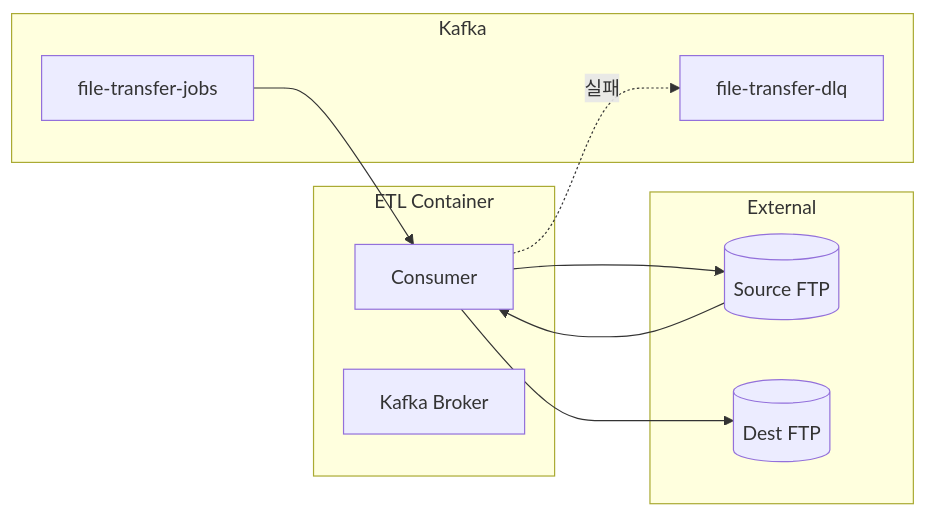
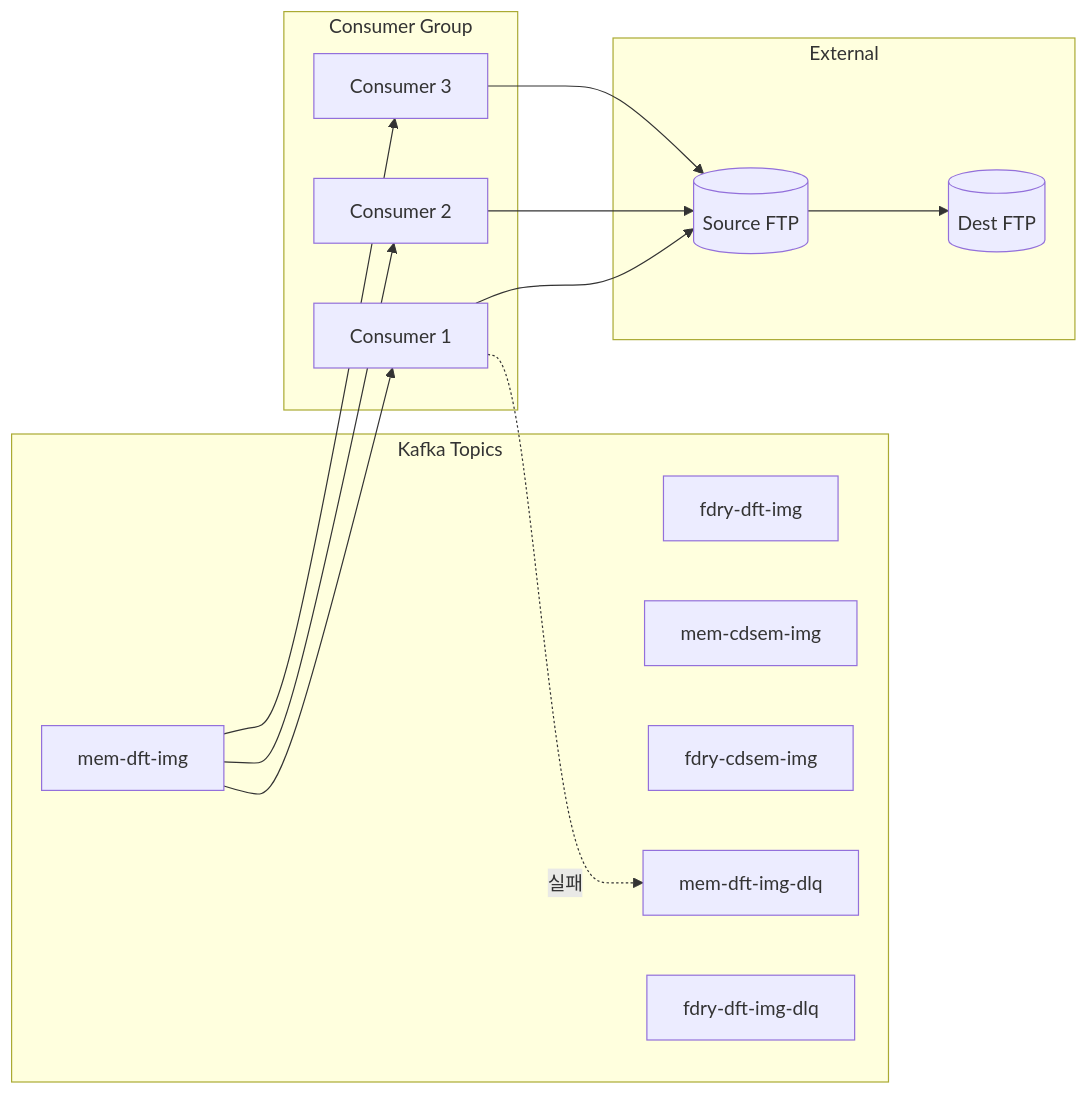
One commit to nineking424/etl-file-sync changed the first of 3 diagrams in README.md. Above: the diagram before and after it, drawn with Mermaid. The commit also changed other lines of this file and 6 other files, not shown here.

````diff
--- a/README.md
+++ b/README.md
@@ -7,23 +7,31 @@
 ```mermaid
 flowchart LR
-    subgraph Kafka
-        T[file-transfer-jobs]
-        DLQ[file-transfer-dlq]
+    subgraph Kafka Topics
+        T1[mem-dft-img]
+        T2[fdry-dft-img]
+        T3[mem-cdsem-img]
+        T4[fdry-cdsem-img]
+        DLQ1[mem-dft-img-dlq]
+        DLQ2[fdry-dft-img-dlq]
     end
 
-    subgraph ETL Container
-        C[Consumer]
-        K[Kafka Broker]
+    subgraph Consumer Group
+        C1[Consumer 1]
+        C2[Consumer 2]
+        C3[Consumer 3]
     end
 
     subgraph External
         SRC[(Source FTP)]
         DST[(Dest FTP)]
     end
 
-    T --> C
-    C --> SRC
-    SRC --> C
-    C --> DST
-    C -.실패.-> DLQ
+    T1 --> C1
+    T1 --> C2
+    T1 --> C3
+    C1 --> SRC
+    C2 --> SRC
+    C3 --> SRC
+    SRC --> DST
+    C1 -.실패.-> DLQ1
 ```
````
